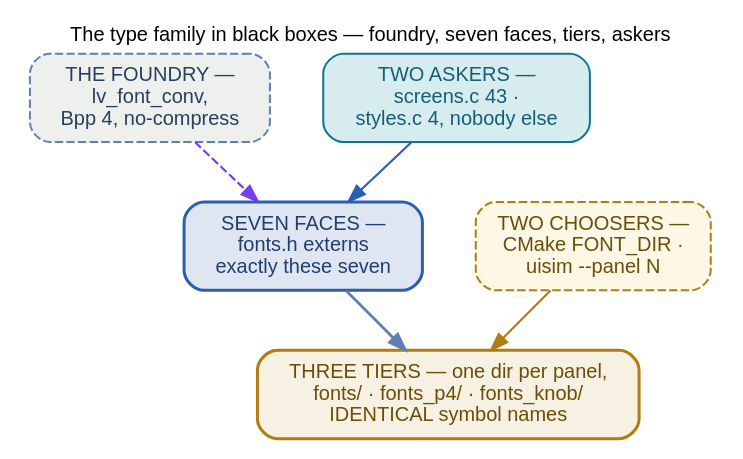
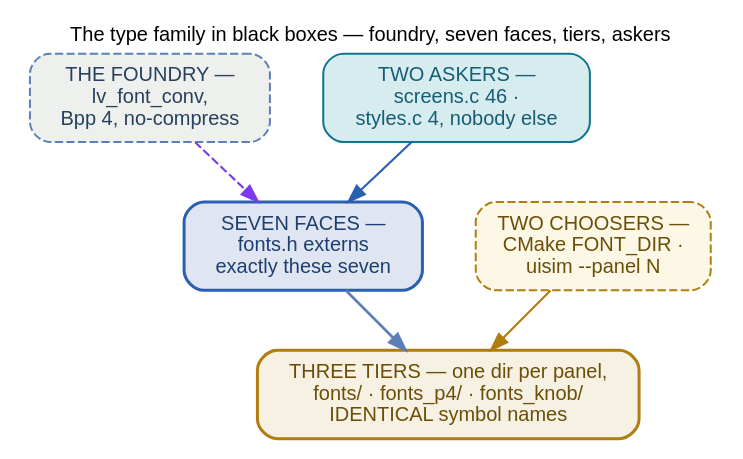
The diagram in docs/_graphs/type-family.dot (ukos-git/moon-clock-esp), drawn with Graphviz before and after one commit. The commit also changed 44 other files, not shown here.

```diff
--- a/docs/_graphs/type-family.dot
+++ b/docs/_graphs/type-family.dot
@@ -1,39 +1,39 @@
 // The type family as a BLACK-BOX OVERVIEW: one foundry, seven faces,
 // three tiers, two choosers, two askers — all sealed. No glyph
 // inventories, no px matrices, no per-face ask counts on this figure:
 // the boxes open into their own sketches on this page
 // (type-family-faces.dot, type-family-tiers.dot, type-family-asks.dot).
 // The arithmetic (every glyph count, raster byte total and ask count)
 // is re-derived with SystemExit-failing parsers by
 // docs/tools/gen_perf_glyphs.py at figure time — the glyph ladder
 // (verification/performance.rst) is its narrative twin. FONTS: 12 pt
 // everywhere = the page's 16 px body text at 1:1, kept inside the
 // content column so object{max-width:100%} never scales it down.
 // Rendered inline as SVG by sphinx.ext.graphviz (dot on PATH).
 digraph type_family {
     rankdir=TB;
     label="The type family in black boxes — foundry, seven faces, tiers, askers";
     labelloc="t"; labeljust="c";
     fontname="Helvetica"; fontsize=12;
     graph [nodesep=0.45, ranksep=0.5];
     node [fontname="Helvetica", fontsize=12, shape=box, style="rounded,filled",
           width=0, height=0, margin="0.16,0.10", fillcolor="#f2f2ef",
           color="#525252", penwidth=1.2];
     edge [fontname="Helvetica", fontsize=12, color="#8a8a8a", penwidth=1.3];
 
     srcs [label="THE FOUNDRY —\nlv_font_conv,\nBpp 4, no-compress",
           style="rounded,filled,dashed", fillcolor="#eef0ee", color="#5c7fb8", fontcolor="#27405e"];
-    askers [label="TWO ASKERS —\nscreens.c 43 ·\nstyles.c 4, nobody else",
+    askers [label="TWO ASKERS —\nscreens.c 46 ·\nstyles.c 4, nobody else",
             fillcolor="#d7ecef", color="#0e7490", fontcolor="#155e75"];
     faces [label="SEVEN FACES —\nfonts.h externs\nexactly these seven",
            fillcolor="#dfe6f1", color="#2b5fb0", fontcolor="#1e3f70", penwidth=1.8];
     choose [label="TWO CHOOSERS —\nCMake FONT_DIR ·\nuisim --panel N",
             style="rounded,filled,dashed", fillcolor="#fdf7e6", color="#b07d10", fontcolor="#6b4e08"];
     tiers [label="THREE TIERS — one dir per panel,\nfonts/ · fonts_p4/ · fonts_knob/\nIDENTICAL symbol names",
            fillcolor="#f6f1e2", color="#b07d10", fontcolor="#6b4e08", penwidth=1.8];
 
     srcs -> faces [color="#7c3aed", fontcolor="#4c1d95", style=dashed];
     askers -> faces [color="#2b5fb0", fontcolor="#1e3f70"];
     faces -> tiers [color="#5c7fb8", fontcolor="#27405e", penwidth=1.6];
     choose -> tiers [color="#b07d10", fontcolor="#6b4e08"];
 }
```
